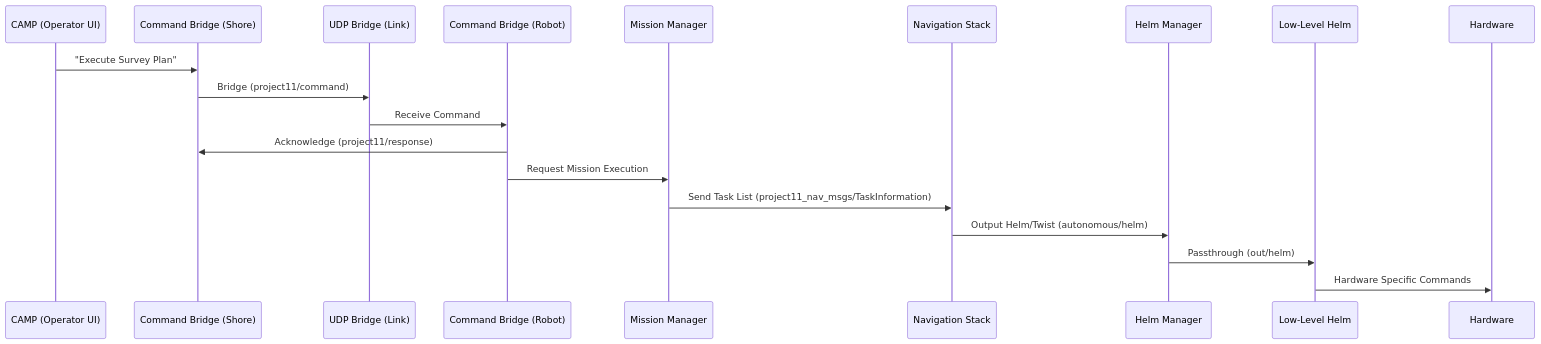
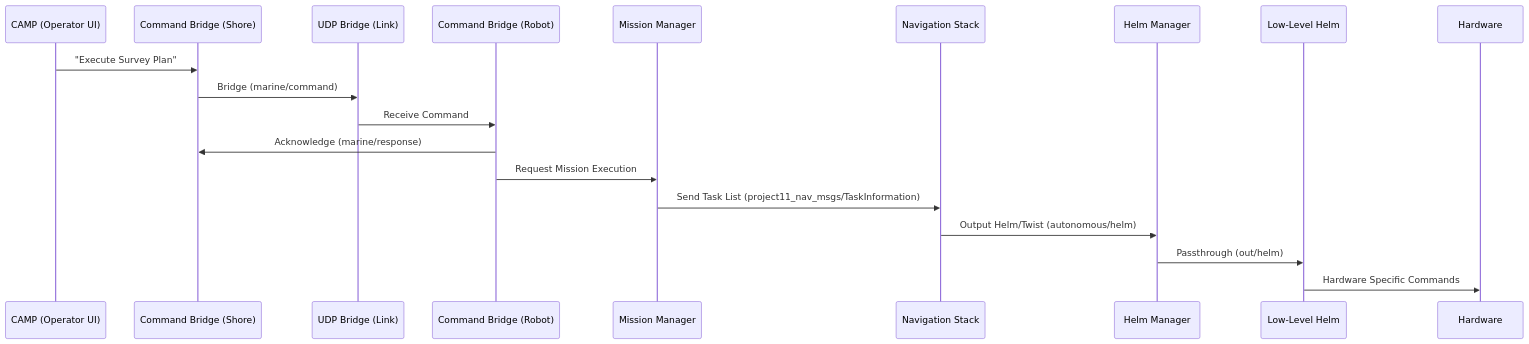
The first of 2 diagrams in marine_autonomy/docs/system_architecture.md (rolker/unh_marine_autonomy), drawn with Mermaid before and after one commit. The commit also changed 4 other files, not shown here.

````diff
--- a/marine_autonomy/docs/system_architecture.md
+++ b/marine_autonomy/docs/system_architecture.md
@@ -24,22 +24,22 @@
 ```mermaid
 sequenceDiagram
     participant UI as CAMP (Operator UI)
     participant CB_S as Command Bridge (Shore)
     participant UDP as UDP Bridge (Link)
     participant CB_R as Command Bridge (Robot)
     participant MM as Mission Manager
     participant Nav as Navigation Stack
     participant HM as Helm Manager
     participant LL as Low-Level Helm
     participant HW as Hardware
 
     UI->>CB_S: "Execute Survey Plan"
-    CB_S->>UDP: Bridge (project11/command)
+    CB_S->>UDP: Bridge (marine/command)
     UDP->>CB_R: Receive Command
-    CB_R->>CB_S: Acknowledge (project11/response)
+    CB_R->>CB_S: Acknowledge (marine/response)
     CB_R->>MM: Request Mission Execution
     MM->>Nav: Send Task List (project11_nav_msgs/TaskInformation)
     Nav->>HM: Output Helm/Twist (autonomous/helm)
     HM->>LL: Passthrough (out/helm)
     LL->>HW: Hardware Specific Commands
 ```
````
